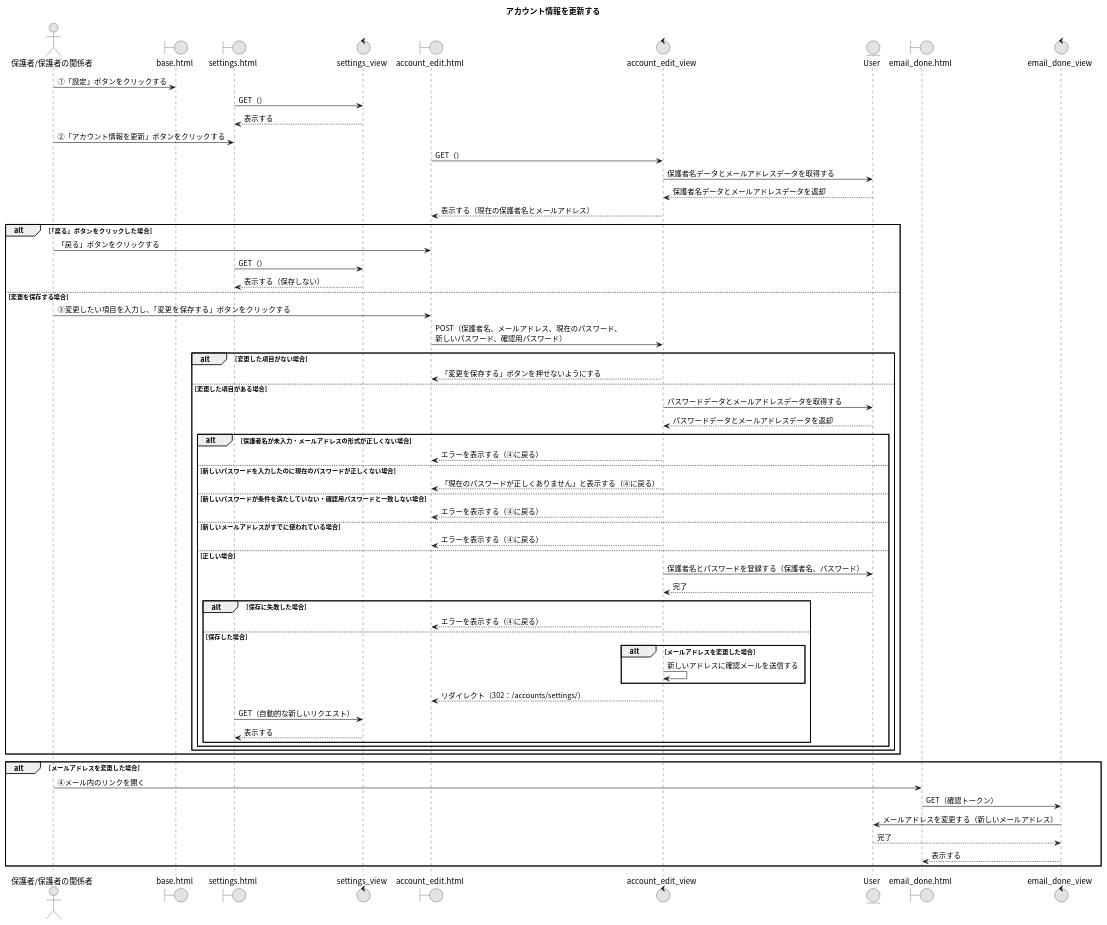
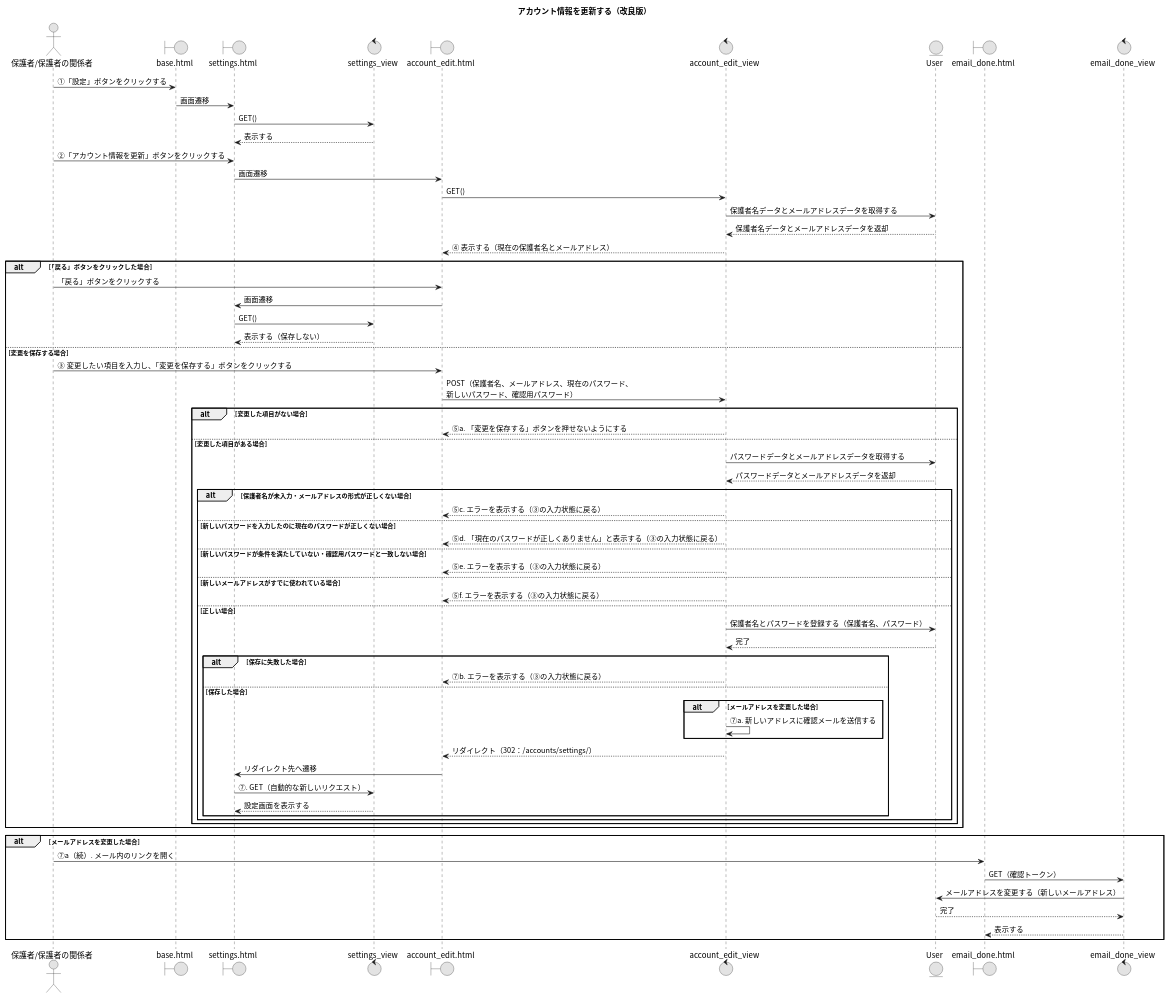
Before and after one commit to Ma2naga190330/26_sotugyou_puml: the diagram in 04_アカウント情報を更新する.puml, drawn with PlantUML.

Commit message:
変更

```diff
--- a/04_アカウント情報を更新する.puml
+++ b/04_アカウント情報を更新する.puml
@@ -1,71 +1,75 @@
 @startuml
-title アカウント情報を更新する
+title アカウント情報を更新する（改良版）
 skinparam defaultFontName "Noto Sans CJK JP"
 skinparam monochrome true
 
 actor "保護者/保護者の関係者" as A
 boundary "base.html" as BP
 boundary "settings.html" as SP
 control "settings_view" as SV
 boundary "account_edit.html" as AEP
 control "account_edit_view" as AEV
 entity "User" as UM
 boundary "email_done.html" as EDP
 control "email_done_view" as EDV
 
 A -> BP : ①「設定」ボタンをクリックする
-SP -> SV : GET（）
+BP -> SP : 画面遷移
+SP -> SV : GET()
 SV --> SP : 表示する
 
 A -> SP : ②「アカウント情報を更新」ボタンをクリックする
-AEP -> AEV : GET（）
+SP -> AEP : 画面遷移
+AEP -> AEV : GET()
 AEV -> UM : 保護者名データとメールアドレスデータを取得する
 AEV <-- UM : 保護者名データとメールアドレスデータを返却
-AEV --> AEP : 表示する（現在の保護者名とメールアドレス）
+AEV --> AEP : ④ 表示する（現在の保護者名とメールアドレス）
 
 alt 「戻る」ボタンをクリックした場合
   A -> AEP : 「戻る」ボタンをクリックする
-  SP -> SV : GET（）
+  AEP -> SP : 画面遷移
+  SP -> SV : GET()
   SV --> SP : 表示する（保存しない）
 else 変更を保存する場合
-  A -> AEP : ③変更したい項目を入力し、「変更を保存する」ボタンをクリックする
+  A -> AEP : ③ 変更したい項目を入力し、「変更を保存する」ボタンをクリックする
   AEP -> AEV : POST（保護者名、メールアドレス、現在のパスワード、\n新しいパスワード、確認用パスワード）
   alt 変更した項目がない場合
-    AEV --> AEP : 「変更を保存する」ボタンを押せないようにする
+    AEV --> AEP : ⑤a. 「変更を保存する」ボタンを押せないようにする
   else 変更した項目がある場合
     AEV -> UM : パスワードデータとメールアドレスデータを取得する
     AEV <-- UM : パスワードデータとメールアドレスデータを返却
     alt 保護者名が未入力・メールアドレスの形式が正しくない場合
-      AEV --> AEP : エラーを表示する（④に戻る）
+      AEV --> AEP : ⑤c. エラーを表示する（③の入力状態に戻る）
     else 新しいパスワードを入力したのに現在のパスワードが正しくない場合
-      AEV --> AEP : 「現在のパスワードが正しくありません」と表示する（④に戻る）
+      AEV --> AEP : ⑤d. 「現在のパスワードが正しくありません」と表示する（③の入力状態に戻る）
     else 新しいパスワードが条件を満たしていない・確認用パスワードと一致しない場合
-      AEV --> AEP : エラーを表示する（④に戻る）
+      AEV --> AEP : ⑤e. エラーを表示する（③の入力状態に戻る）
     else 新しいメールアドレスがすでに使われている場合
-      AEV --> AEP : エラーを表示する（④に戻る）
+      AEV --> AEP : ⑤f. エラーを表示する（③の入力状態に戻る）
     else 正しい場合
       AEV -> UM : 保護者名とパスワードを登録する（保護者名、パスワード）
       AEV <-- UM : 完了
       alt 保存に失敗した場合
-        AEV --> AEP : エラーを表示する（④に戻る）
+        AEV --> AEP : ⑦b. エラーを表示する（③の入力状態に戻る）
       else 保存した場合
         alt メールアドレスを変更した場合
-          AEV -> AEV : 新しいアドレスに確認メールを送信する
+          AEV -> AEV : ⑦a. 新しいアドレスに確認メールを送信する
         end
         AEV --> AEP : リダイレクト（302：/accounts/settings/）
-        SP -> SV : GET（自動的な新しいリクエスト）
-        SV --> SP : 表示する
+        AEP -> SP : リダイレクト先へ遷移
+        SP -> SV : ⑦. GET（自動的な新しいリクエスト）
+        SV --> SP : 設定画面を表示する
       end
     end
   end
 end
 
 ' メールアドレスを変更した場合：メール内のリンクを開く
 alt メールアドレスを変更した場合
-  A -> EDP : ④メール内のリンクを開く
+  A -> EDP : ⑦a（続）. メール内のリンクを開く
   EDP -> EDV : GET（確認トークン）
   EDV -> UM : メールアドレスを変更する（新しいメールアドレス）
   EDV <-- UM : 完了
   EDV --> EDP : 表示する
 end
 @enduml
```
